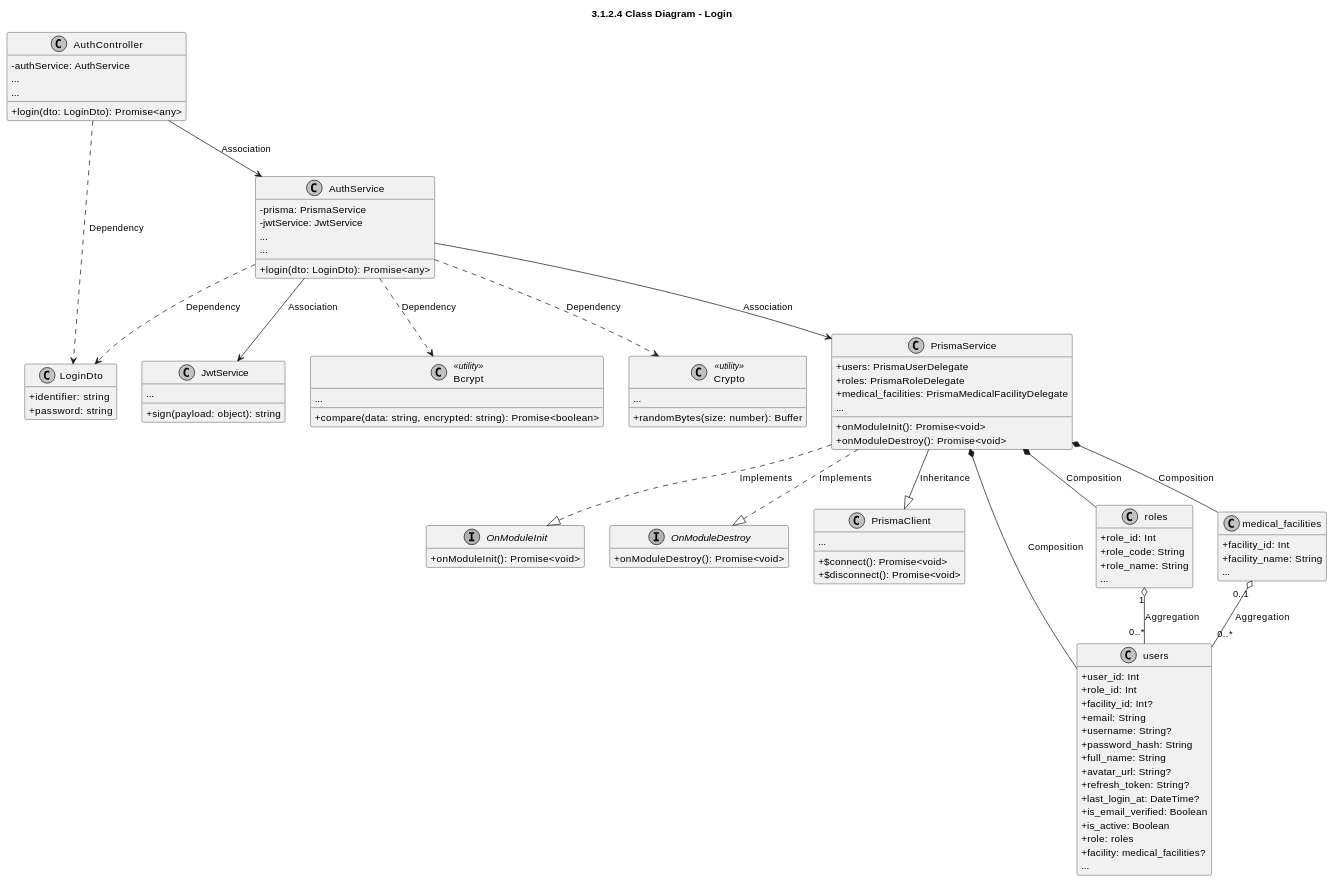
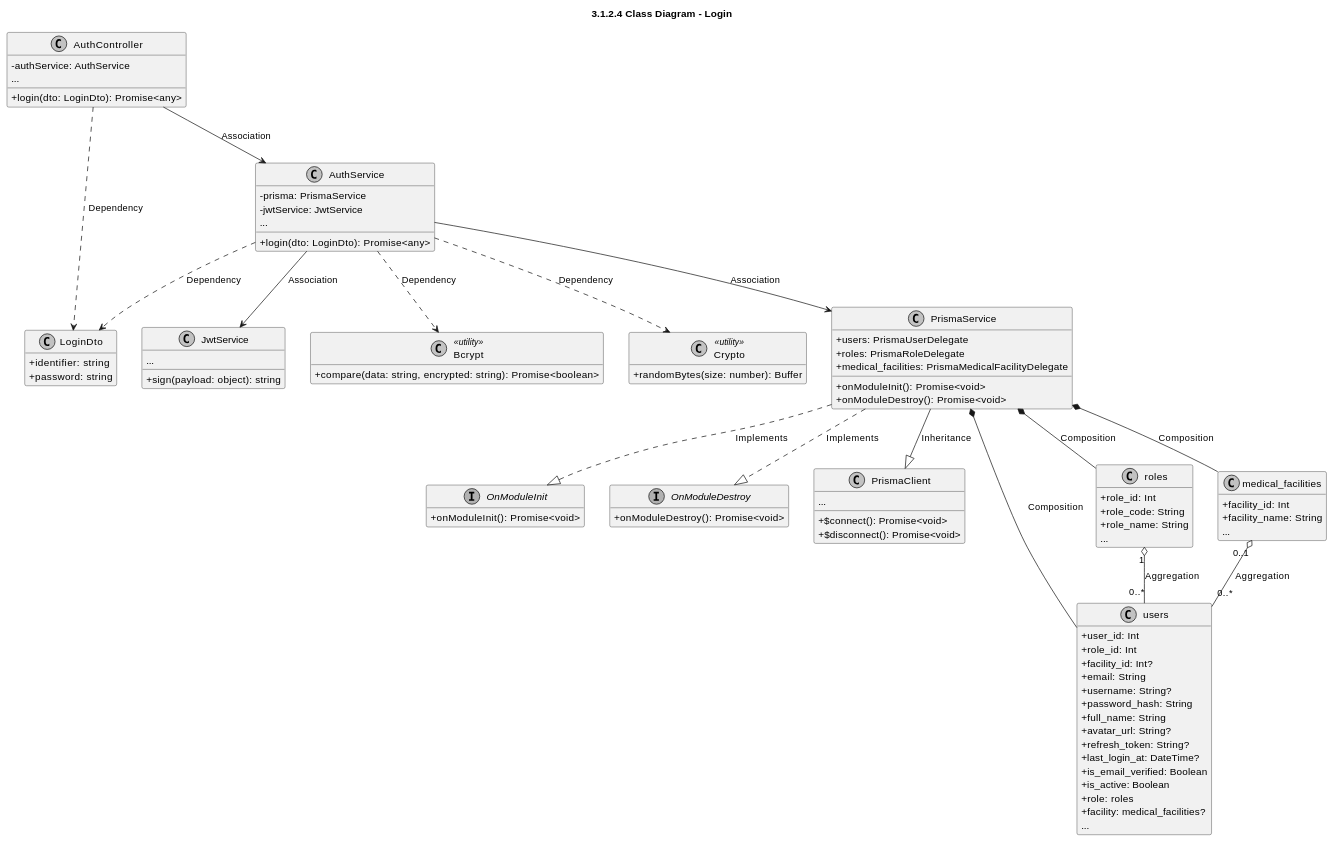
Before and after one commit to CuongBC195/class-diagram-donation-blood: the fifth of 8 diagrams in modules_plantuml/01_auth.md, drawn with PlantUML. The commit also changed other lines of this file and 41 other files, not shown here.

Commit message:
fix(diagrams): remove duplicate ellipses and resolve swimlane text collisions for enums and utilities

```diff
--- a/modules_plantuml/01_auth.md
+++ b/modules_plantuml/01_auth.md
@@ -671,7 +649,6 @@
 
 class AuthController {
   -authService: AuthService
-  ...
   +login(dto: LoginDto): Promise<any>
   ...
 }
@@ -684,7 +661,6 @@
 class AuthService {
   -prisma: PrismaService
   -jwtService: JwtService
-  ...
   +login(dto: LoginDto): Promise<any>
   ...
 }
@@ -696,12 +672,10 @@
 
 class Bcrypt <<utility>> {
   +compare(data: string, encrypted: string): Promise<boolean>
-  ...
 }
 
 class Crypto <<utility>> {
   +randomBytes(size: number): Buffer
-  ...
 }
 
 interface OnModuleInit {
@@ -722,7 +696,6 @@
   +users: PrismaUserDelegate
   +roles: PrismaRoleDelegate
   +medical_facilities: PrismaMedicalFacilityDelegate
-  ...
   +onModuleInit(): Promise<void>
   +onModuleDestroy(): Promise<void>
 }
```
